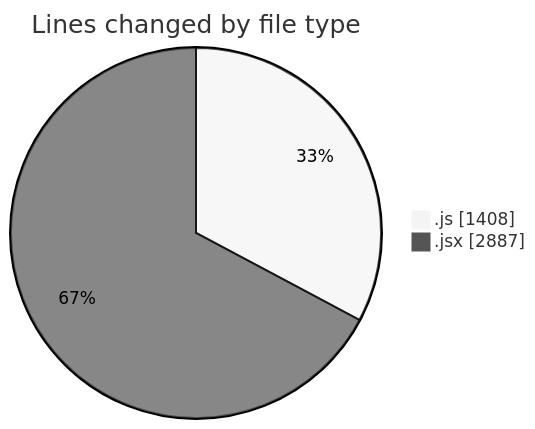
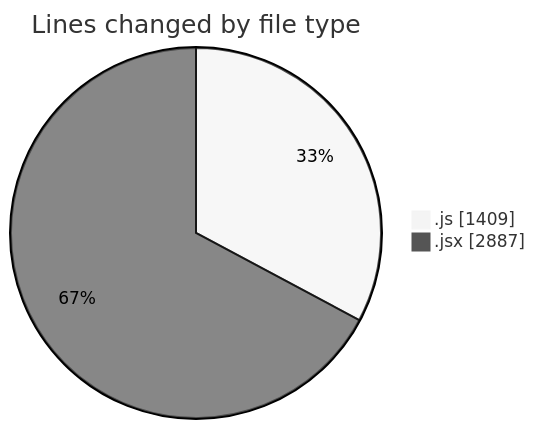
The first of 2 diagrams in 2025-09-19/nxtqube_webapp/README.md (nxtqubesakshisongat/code-tracking), drawn with Mermaid (neutral theme) before and after one commit. The commit also changed other lines of this file and 1 other file, not shown here.

````diff
--- a/2025-09-19/nxtqube_webapp/README.md
+++ b/2025-09-19/nxtqube_webapp/README.md
@@ -24,6 +24,6 @@
 ```mermaid
 pie showData
 title Lines changed by file type
-".js" : 1408
+".js" : 1409
 ".jsx" : 2887
 ```
````
